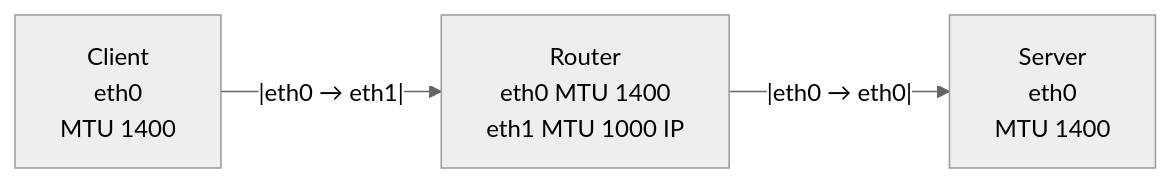
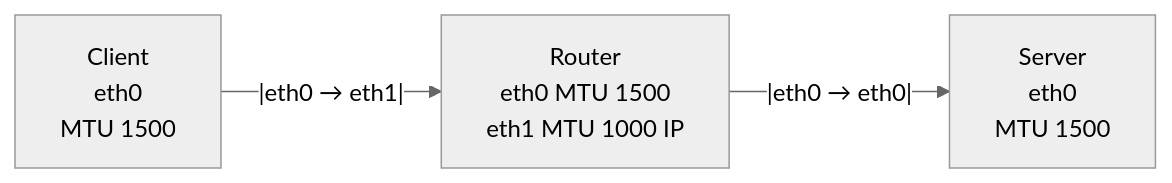
One commit to pavbjj/mtu-lab changed the diagram in README.md. Above: the diagram before and after it, drawn with Mermaid (neutral theme). The commit also changed other lines of this file, not shown here.

````diff
--- a/README.md
+++ b/README.md
@@ -2,11 +2,9 @@
 ```mermaid
 graph LR
-    C["Client<br/>eth0<br/>MTU 1400<br/>"]
-    R["Router<br/>eth0 MTU 1400<br/>eth1 MTU 1000 IP"]
-    S["Server<br/>eth0<br/>MTU 1400<br/>"]
+    C["Client<br/>eth0<br/>MTU 1500<br/>"]
+    R["Router<br/>eth0 MTU 1500<br/>eth1 MTU 1000 IP"]
+    S["Server<br/>eth0<br/>MTU 1500<br/>"]
 
     C --|eth0 → eth1|--> R
     R --|eth0 → eth0|--> S
-
-
 ```
````
